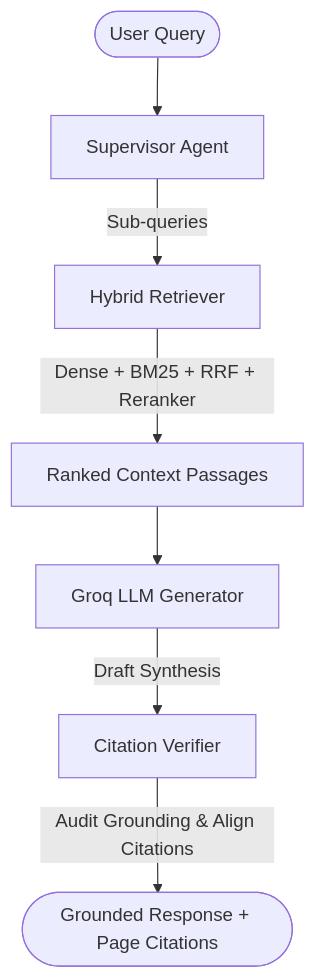
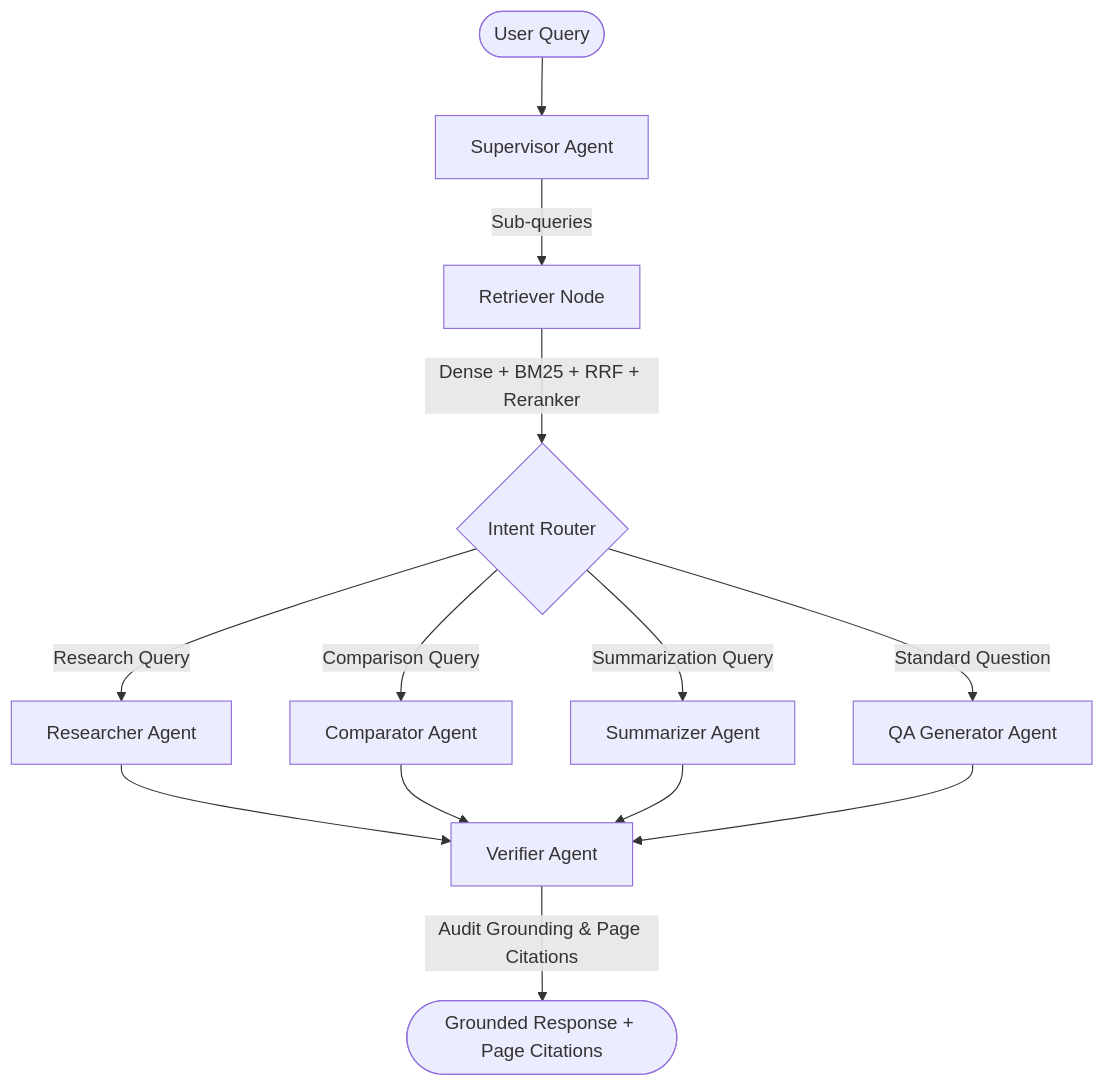
Before and after one commit to dharmareddy06/DocMinds-AI: the first of 2 diagrams in README.md, drawn with Mermaid. The commit also changed other lines of this file and 5 other files, not shown here.

Commit message:
Hide internal specifications and diagrams from git tracking, and update README.md

````diff
--- a/README.md
+++ b/README.md
@@ -107,9 +113,18 @@
 ```mermaid
 graph TD
     User([User Query]) --> Supervisor[Supervisor Agent]
-    Supervisor -->|Sub-queries| Retriever[Hybrid Retriever]
-    Retriever -->|Dense + BM25 + RRF + Reranker| Context[Ranked Context Passages]
-    Context --> Generator[Groq LLM Generator]
-    Generator -->|Draft Synthesis| Verifier[Citation Verifier]
-    Verifier -->|Audit Grounding & Align Citations| FinalAnswer([Grounded Response + Page Citations])
+    Supervisor -->|Sub-queries| Retriever[Retriever Node]
+    Retriever -->|Dense + BM25 + RRF + Reranker| Router{Intent Router}
+    
+    Router -->|Research Query| Researcher[Researcher Agent]
+    Router -->|Comparison Query| Comparator[Comparator Agent]
+    Router -->|Summarization Query| Summarizer[Summarizer Agent]
+    Router -->|Standard Question| Generator[QA Generator Agent]
+    
+    Researcher --> Verifier[Verifier Agent]
+    Comparator --> Verifier
+    Summarizer --> Verifier
+    Generator --> Verifier
+    
+    Verifier -->|Audit Grounding & Page Citations| FinalAnswer([Grounded Response + Page Citations])
 ```
````
